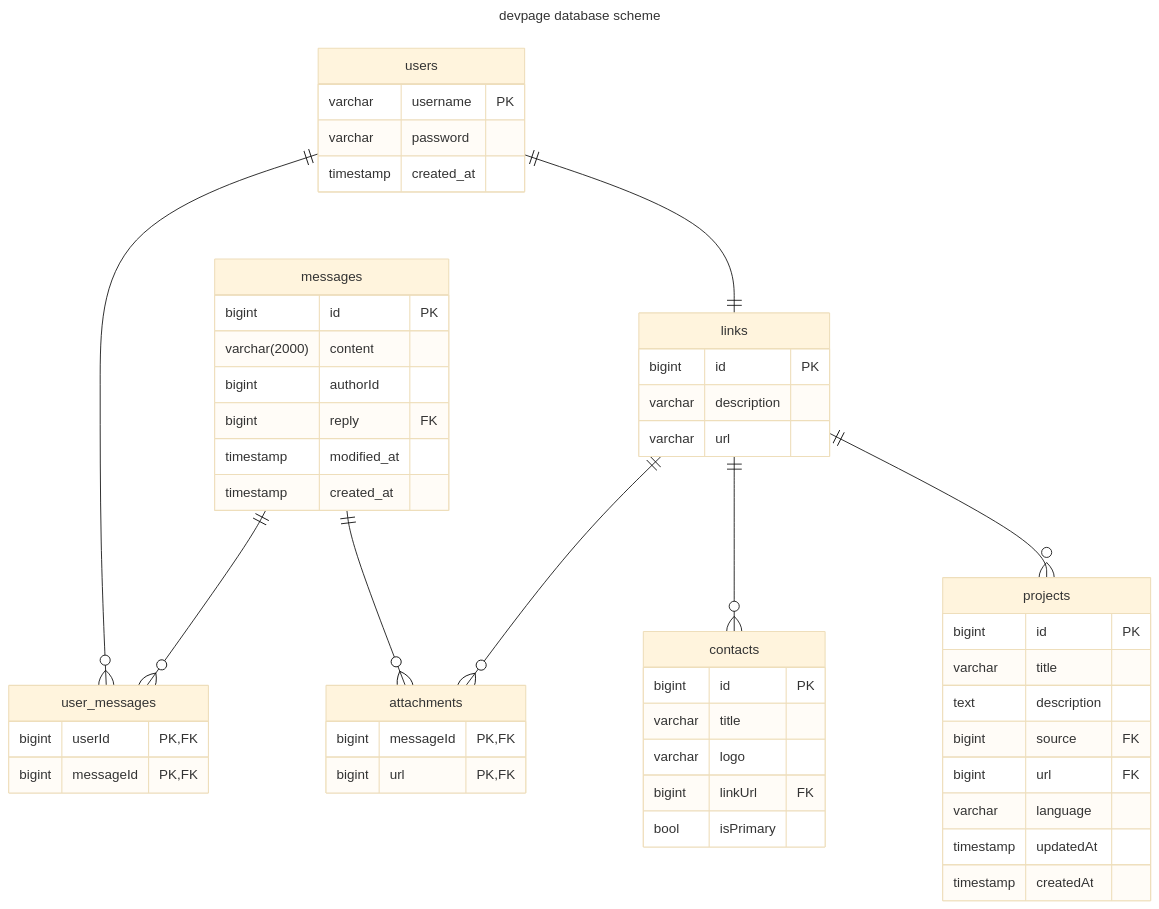
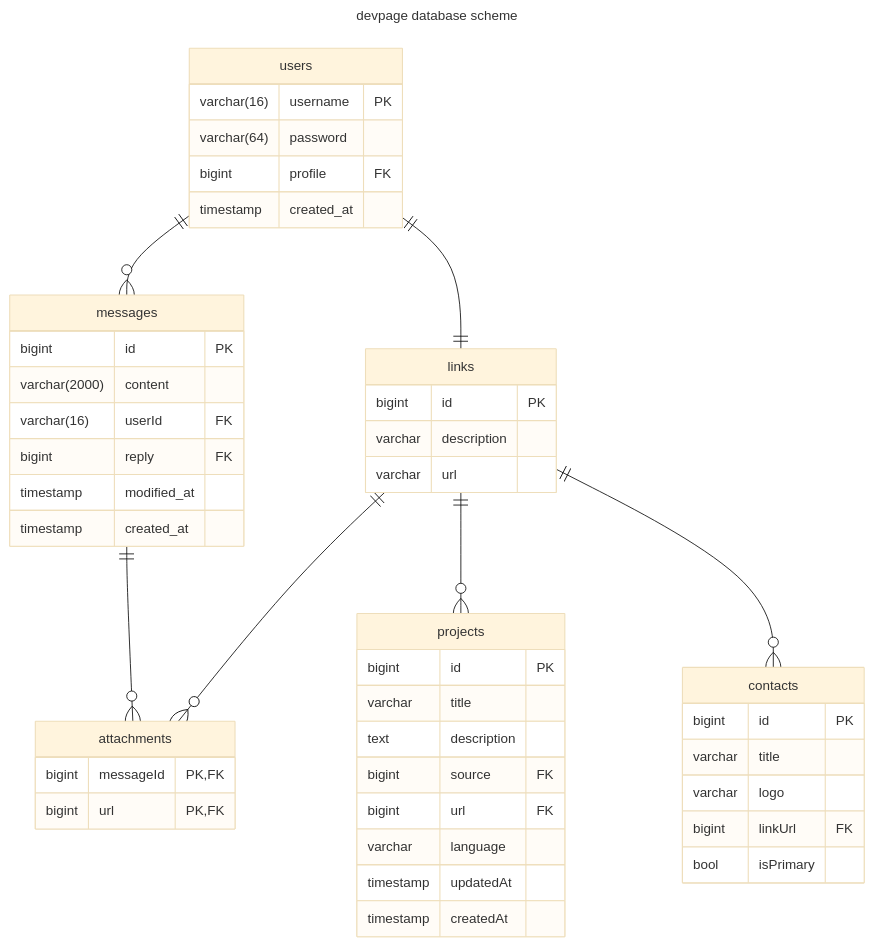
Before and after one commit to ilfey/devback: the second of 2 diagrams in README.md, drawn with Mermaid (base theme). The commit also changed other lines of this file and 2 other files, not shown here.

````diff
--- a/README.md
+++ b/README.md
@@ -47,65 +41,60 @@
 ```mermaid
 ---
 title: "devpage database scheme"
 ---
 
 erDiagram
     users {
-        varchar username PK
-        varchar password
+        varchar(16) username PK
+        varchar(64) password
+        bigint profile FK
         timestamp created_at
-    }
-
-    user_messages {
-        bigint userId PK, FK
-        bigint messageId PK, FK
     }
 
     messages {
         bigint id PK
         varchar(2000) content
-        bigint authorId
+        varchar(16) userId FK
         bigint reply FK
         timestamp modified_at
         timestamp created_at
     }
 
     attachments {
         bigint messageId PK, FK
         bigint url PK, FK
     }
 
     projects {
         bigint id PK
         varchar title
         text description
         bigint source FK
         bigint url FK
         varchar language
         timestamp updatedAt
         timestamp createdAt
     }
 
     contacts {
         bigint id PK
         varchar title
         varchar logo
         bigint linkUrl FK
         bool isPrimary
     }
 
     links {
         bigint id PK
         varchar description
         varchar url
     }
 
     users only one to only one links : ""
-    users only one to zero or many user_messages : ""
-    messages only one to zero or many user_messages : ""
+    users only one to zero or many messages : ""
     messages only one to zero or many attachments : ""
     links only one to zero or many attachments : ""
     links only one to zero or many projects : ""
     links only one to zero or many contacts : ""
 
 ```
````
